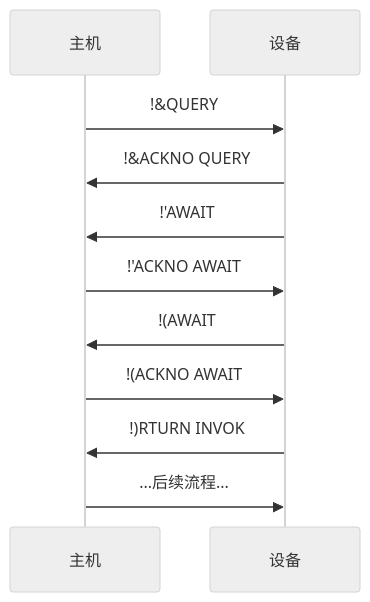
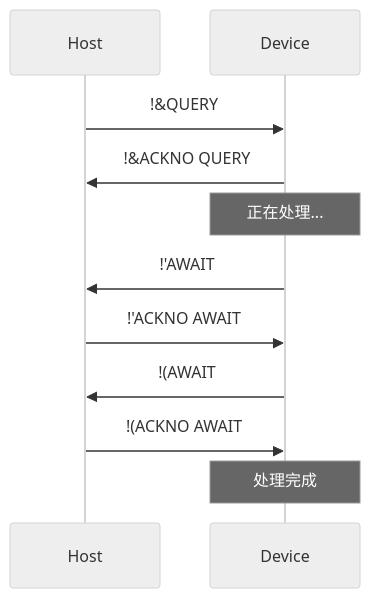
Before and after one commit to lingrottin/PK-Command: the fifth of 11 diagrams in Specification_zh.md, drawn with Mermaid (neutral theme). The commit also changed other lines of this file and 14 other files, not shown here.

````diff
--- a/Specification_zh.md
+++ b/Specification_zh.md
@@ -170,13 +238,13 @@
 ```mermaid
 sequenceDiagram
-    participant H as 主机
-    participant D as 设备
+    participant H as Host
+    participant D as Device
     H->>D: !&QUERY
     D->>H: !&ACKNO QUERY
+    Note over D: 正在处理...
     D->>H: !'AWAIT
     H->>D: !'ACKNO AWAIT
     D->>H: !(AWAIT
     H->>D: !(ACKNO AWAIT
-    D->>H: !)RTURN INVOK
-    H->>D: ...后续流程...
+    Note over D: 处理完成
 ```
````
